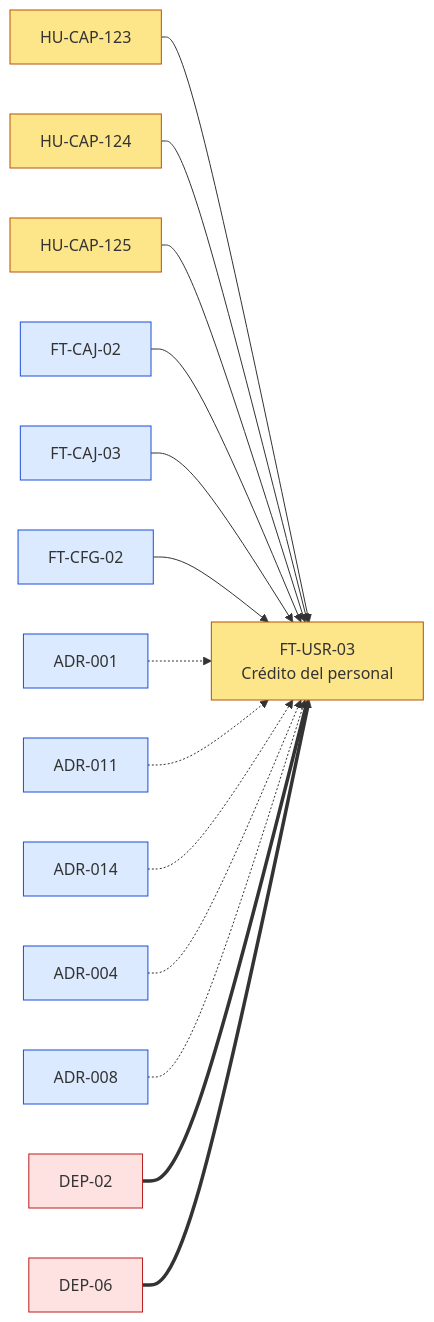
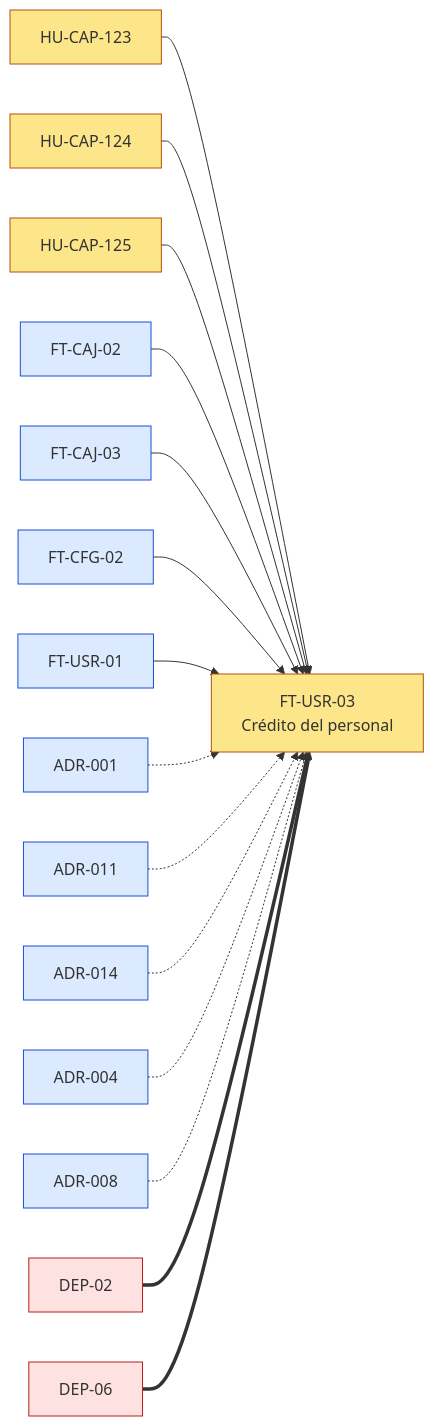
One commit to JoseEM26/caprichos changed the first of 5 diagrams in dor/DOR-FT-USR-03-credito-del-personal.md. Above: the diagram before and after it, drawn with Mermaid. The commit also changed other lines of this file and 15 other files, not shown here.

````diff
--- a/dor/DOR-FT-USR-03-credito-del-personal.md
+++ b/dor/DOR-FT-USR-03-credito-del-personal.md
@@ -51,20 +51,21 @@
 ```mermaid
 flowchart LR
   classDef evaluado fill:#fde68a,stroke:#b45309
   classDef interna fill:#dbeafe,stroke:#1d4ed8
   classDef externa fill:#fee2e2,stroke:#b91c1c
   FT_USR_03["FT-USR-03<br>Crédito del personal"]:::evaluado
   HU_CAP_123["HU-CAP-123"]:::evaluado --> FT_USR_03
   HU_CAP_124["HU-CAP-124"]:::evaluado --> FT_USR_03
   HU_CAP_125["HU-CAP-125"]:::evaluado --> FT_USR_03
   FT_CAJ_02["FT-CAJ-02"]:::interna --> FT_USR_03
   FT_CAJ_03["FT-CAJ-03"]:::interna --> FT_USR_03
   FT_CFG_02["FT-CFG-02"]:::interna --> FT_USR_03
+  FT_USR_01["FT-USR-01"]:::interna --> FT_USR_03
   ADR_001["ADR-001"]:::interna -.-> FT_USR_03
   ADR_011["ADR-011"]:::interna -.-> FT_USR_03
   ADR_014["ADR-014"]:::interna -.-> FT_USR_03
   ADR_004["ADR-004"]:::interna -.-> FT_USR_03
   ADR_008["ADR-008"]:::interna -.-> FT_USR_03
   DEP_02["DEP-02"]:::externa ==> FT_USR_03
   DEP_06["DEP-06"]:::externa ==> FT_USR_03
 ```
````
